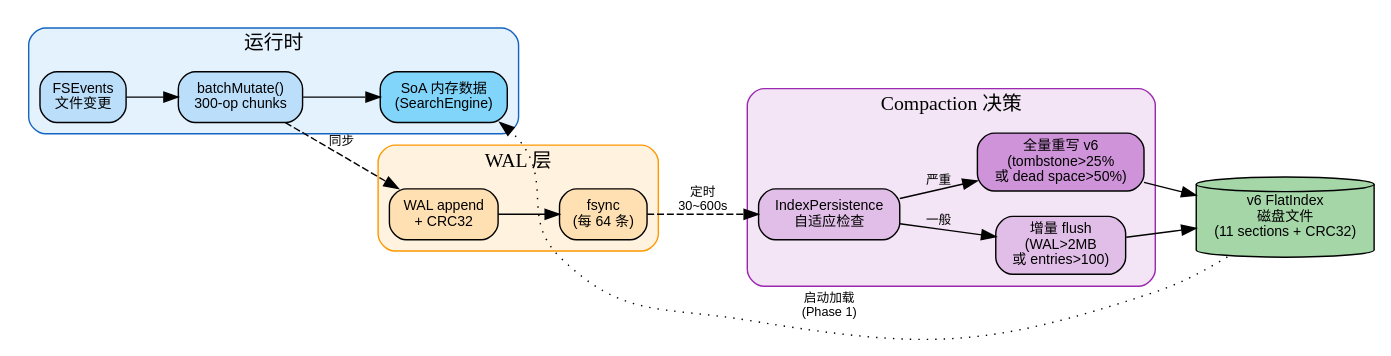
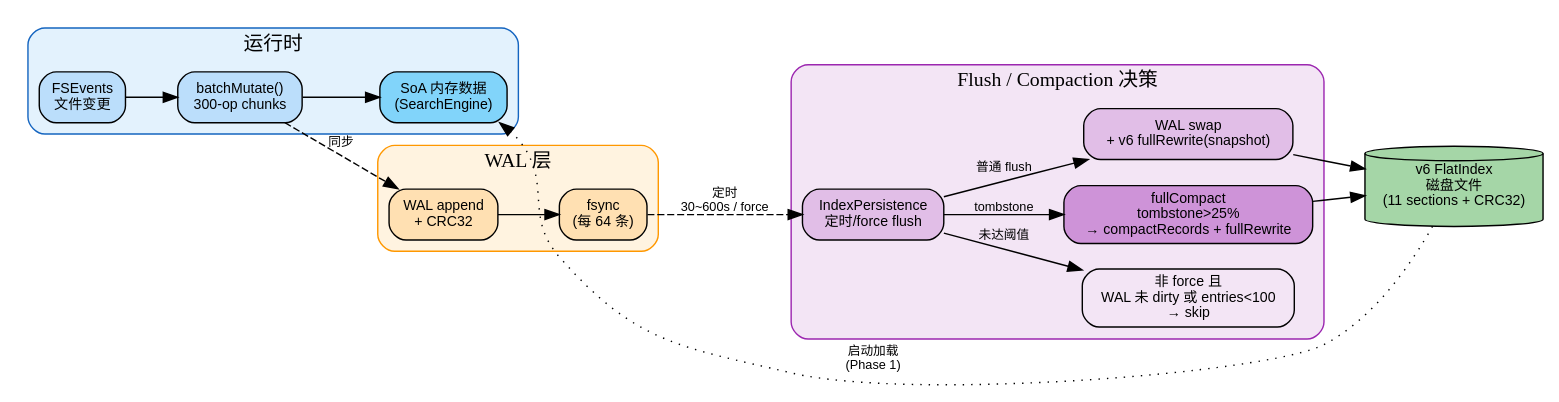
One commit to boerbin/MacEverything changed the ninth of 14 diagrams in docs/tech_sharing_architecture_deep_dive.md. Above: the diagram before and after it, drawn with Graphviz. The commit also changed other lines of this file and 12 other files, not shown here.

Commit message:
docs: add architecture subsystem documentation

````diff
--- a/docs/tech_sharing_architecture_deep_dive.md
+++ b/docs/tech_sharing_architecture_deep_dive.md
@@ -884,46 +890,48 @@
-```graphviz
+```dot
 // 持久化生命周期：变更 → WAL → Compaction → v6
 digraph persistence_lifecycle {
     rankdir=LR
     node [shape=box, style="filled,rounded", fontname="Helvetica", fontsize=10]
     edge [fontname="Helvetica", fontsize=9]
 
     subgraph cluster_runtime {
         label="运行时"
         style="filled,rounded"; color="#1565C0"; fillcolor="#E3F2FD"
         fontname="Helvetica Bold"
         FSE [label="FSEvents\n文件变更", fillcolor="#BBDEFB"]
         Batch [label="batchMutate()\n300-op chunks", fillcolor="#BBDEFB"]
         SoA [label="SoA 内存数据\n(SearchEngine)", fillcolor="#81D4FA"]
         FSE -> Batch -> SoA
     }
 
     subgraph cluster_wal {
         label="WAL 层"
         style="filled,rounded"; color="#FF9800"; fillcolor="#FFF3E0"
         fontname="Helvetica Bold"
         Append [label="WAL append\n+ CRC32", fillcolor="#FFE0B2"]
         Fsync [label="fsync\n(每 64 条)", fillcolor="#FFE0B2"]
         Append -> Fsync
     }
 
     subgraph cluster_compact {
-        label="Compaction 决策"
+        label="Flush / Compaction 决策"
         style="filled,rounded"; color="#9C27B0"; fillcolor="#F3E5F5"
         fontname="Helvetica Bold"
-        Check [label="IndexPersistence\n自适应检查", fillcolor="#E1BEE7"]
-        Full [label="全量重写 v6\n(tombstone>25%\n或 dead space>50%)", fillcolor="#CE93D8"]
-        Incr [label="增量 flush\n(WAL>2MB\n或 entries>100)", fillcolor="#E1BEE7"]
-        Check -> Full [label="严重"]
-        Check -> Incr [label="一般"]
+        Check [label="IndexPersistence\n定时/force flush", fillcolor="#E1BEE7"]
+        Skip [label="非 force 且\nWAL 未 dirty 或 entries<100\n→ skip", fillcolor="#F3E5F5"]
+        Rewrite [label="WAL swap\n+ v6 fullRewrite(snapshot)", fillcolor="#E1BEE7"]
+        Full [label="fullCompact\ntombstone>25%\n→ compactRecords + fullRewrite", fillcolor="#CE93D8"]
+        Check -> Skip [label="未达阈值"]
+        Check -> Rewrite [label="普通 flush"]
+        Check -> Full [label="tombstone"]
     }
 
     V6 [label="v6 FlatIndex\n磁盘文件\n(11 sections + CRC32)"
         shape=cylinder, fillcolor="#A5D6A7", style=filled]
 
     Batch -> Append [style=dashed, label="同步"]
-    Fsync -> Check [style=dashed, label="定时\n30~600s"]
-    {Full Incr} -> V6
+    Fsync -> Check [style=dashed, label="定时\n30~600s / force"]
+    {Rewrite Full} -> V6
     V6 -> SoA [label="启动加载\n(Phase 1)", style=dotted, constraint=false]
 }
 ```
````
